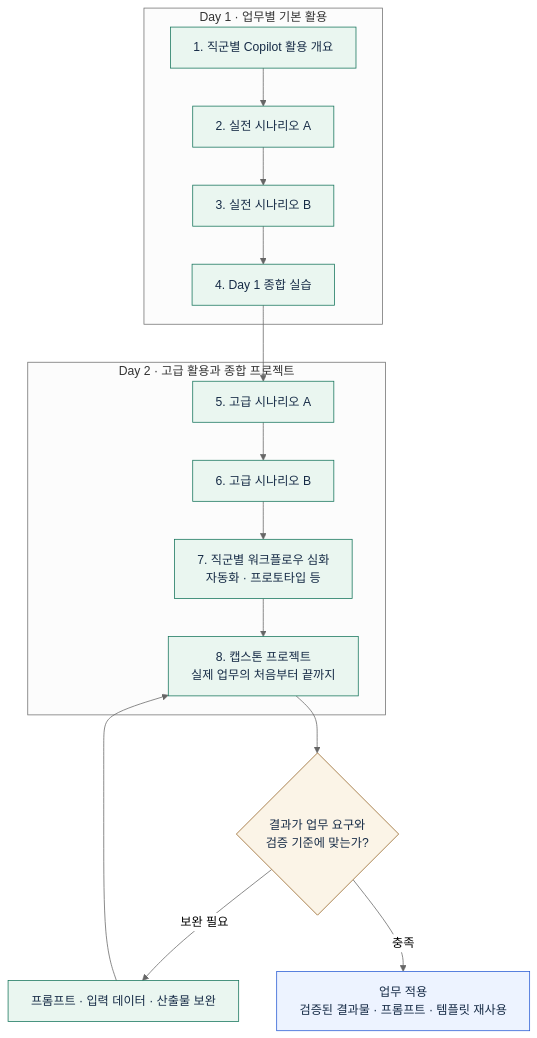
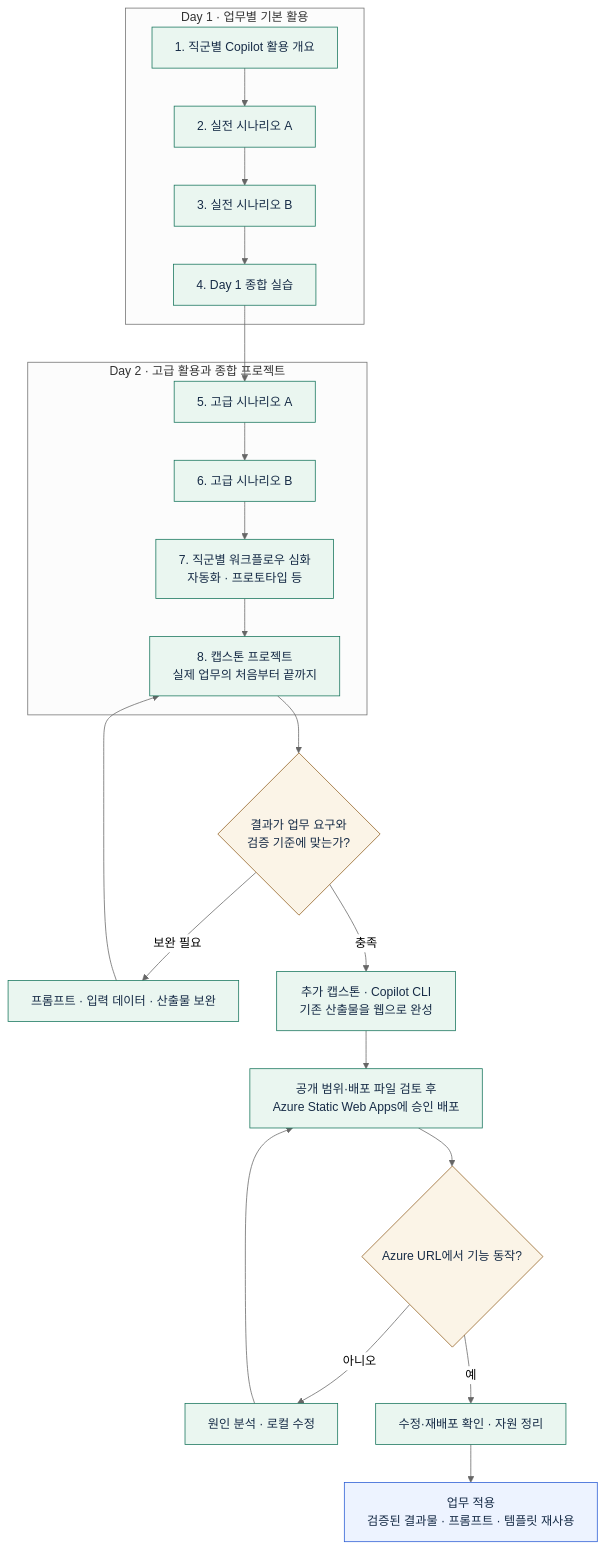
The third of 3 diagrams in README.md (Ai-Advanced/Copilot-Advanced-NonDev), drawn with Mermaid before and after one commit. The commit also changed other lines of this file and 36 other files, not shown here.

Commit message:
feat: add role-based Copilot CLI Azure deployment capstone

````diff
--- a/README.md
+++ b/README.md
@@ -100,38 +100,45 @@
 ```mermaid
 ---
 config:
   theme: neutral
   flowchart:
     wrappingWidth: 320
 ---
 flowchart TD
     subgraph Day1["Day 1 · 업무별 기본 활용"]
         D1["1. 직군별 Copilot 활용 개요"]
         D2["2. 실전 시나리오 A"]
         D3["3. 실전 시나리오 B"]
         D4["4. Day 1 종합 실습"]
         D1 --> D2 --> D3 --> D4
     end
     subgraph Day2["Day 2 · 고급 활용과 종합 프로젝트"]
         D5["5. 고급 시나리오 A"]
         D6["6. 고급 시나리오 B"]
         D7["7. 직군별 워크플로우 심화<br/>자동화 · 프로토타입 등"]
         D8["8. 캡스톤 프로젝트<br/>실제 업무의 처음부터 끝까지"]
         D5 --> D6 --> D7 --> D8
     end
     Check{"결과가 업무 요구와<br/>검증 기준에 맞는가?"}
     Improve["프롬프트 · 입력 데이터 · 산출물 보완"]
     Apply["업무 적용<br/>검증된 결과물 · 프롬프트 · 템플릿 재사용"]
+    Web["추가 캡스톤 · Copilot CLI<br/>기존 산출물을 웹으로 완성"]
+    Deploy["공개 범위·배포 파일 검토 후<br/>Azure Static Web Apps에 승인 배포"]
+    Verify{"Azure URL에서 기능 동작?"}
+    Retry["원인 분석 · 로컬 수정"]
+    Redeploy["수정·재배포 확인 · 자원 정리"]
 
     D4 --> D5
     D8 --> Check
     Check -->|보완 필요| Improve --> D8
-    Check -->|충족| Apply
+    Check -->|충족| Web --> Deploy --> Verify
+    Verify -->|아니오| Retry --> Deploy
+    Verify -->|예| Redeploy --> Apply
 
     classDef step fill:#eaf6f0,stroke:#15745b,color:#162b46
     classDef gate fill:#fbf4e7,stroke:#926020,color:#162b46
     classDef result fill:#edf3ff,stroke:#285bd4,color:#162b46
-    class D1,D2,D3,D4,D5,D6,D7,D8,Improve step
-    class Check gate
+    class D1,D2,D3,D4,D5,D6,D7,D8,Improve,Web,Deploy,Retry,Redeploy step
+    class Check,Verify gate
     class Apply result
 ```
````
